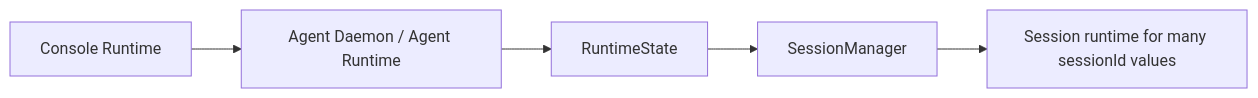
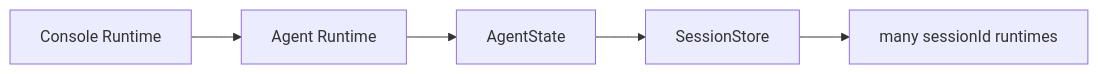
Before and after one commit to wangenius/downcity: the third of 3 diagrams in homepage/content/devdocs/zh/session/console-and-session-runtime.mdx, drawn with Mermaid. The commit also changed other lines of this file and 37 other files, not shown here.

````diff
--- a/homepage/content/devdocs/zh/session/console-and-session-runtime.mdx
+++ b/homepage/content/devdocs/zh/session/console-and-session-runtime.mdx
@@ -224,7 +207,7 @@
 ```mermaid
 flowchart LR
-  C["Console Runtime"] --> D["Agent Daemon / Agent Runtime"]
-  D --> R["RuntimeState"]
-  R --> S["SessionManager"]
-  S --> G["Session runtime for many sessionId values"]
+  C["Console Runtime"] --> D["Agent Runtime"]
+  D --> A["AgentState"]
+  A --> S["SessionStore"]
+  S --> R["many sessionId runtimes"]
 ```
````
